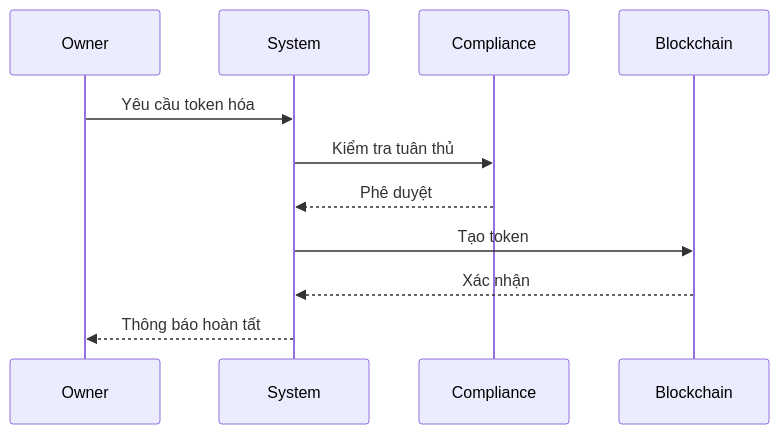
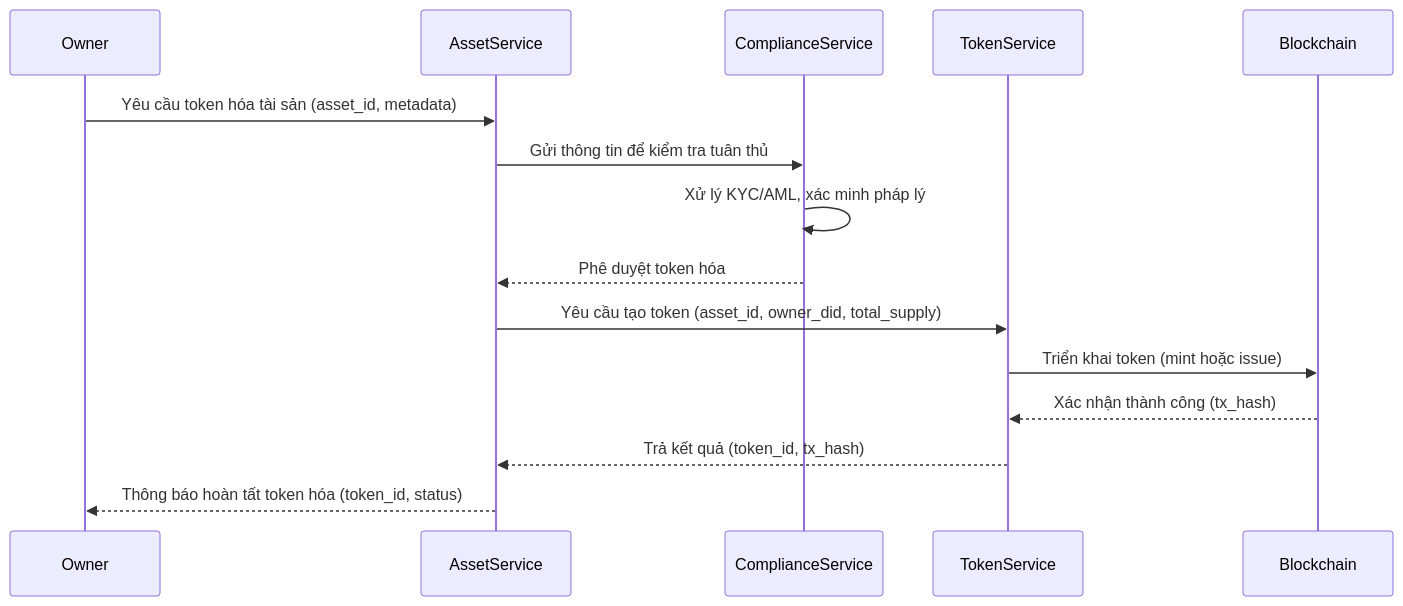
Before and after one commit to metafi-blockchain/metafi-digital-assets-service: the sixth of 8 diagrams in docs/rd.vi.md, drawn with Mermaid. The commit also changed other lines of this file, not shown here.

````diff
--- a/docs/rd.vi.md
+++ b/docs/rd.vi.md
@@ -706,14 +706,21 @@
 ```mermaid
 sequenceDiagram
     participant Owner
-    participant System
-    participant Compliance
+    participant AssetService
+    participant ComplianceService
+    participant TokenService
     participant Blockchain
-    
-    Owner->>System: Yêu cầu token hóa
-    System->>Compliance: Kiểm tra tuân thủ
-    Compliance-->>System: Phê duyệt
-    System->>Blockchain: Tạo token
-    Blockchain-->>System: Xác nhận
-    System-->>Owner: Thông báo hoàn tất
+
+    Owner->>AssetService: Yêu cầu token hóa tài sản (asset_id, metadata)
+    AssetService->>ComplianceService: Gửi thông tin để kiểm tra tuân thủ
+
+    ComplianceService->>ComplianceService: Xử lý KYC/AML, xác minh pháp lý
+    ComplianceService-->>AssetService: Phê duyệt token hóa
+
+    AssetService->>TokenService: Yêu cầu tạo token (asset_id, owner_did, total_supply)
+    TokenService->>Blockchain: Triển khai token (mint hoặc issue)
+    Blockchain-->>TokenService: Xác nhận thành công (tx_hash)
+
+    TokenService-->>AssetService: Trả kết quả (token_id, tx_hash)
+    AssetService-->>Owner: Thông báo hoàn tất token hóa (token_id, status)
 ```
````
